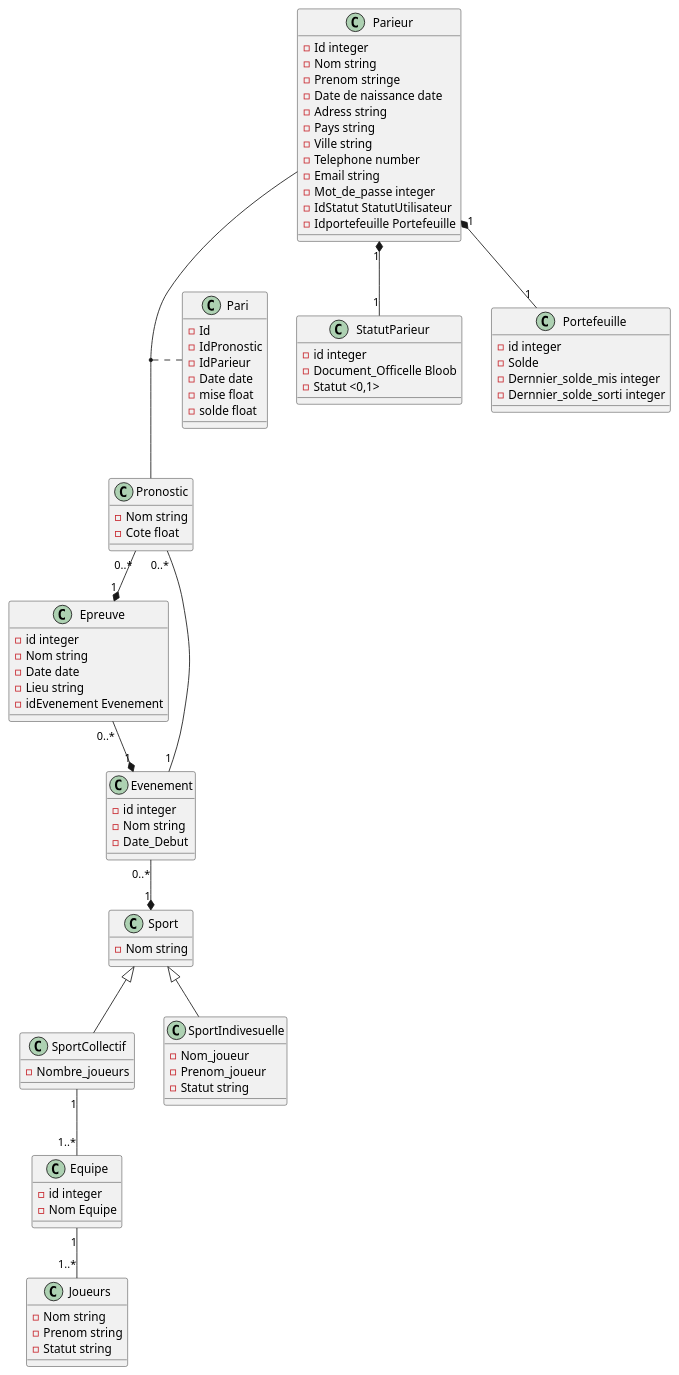
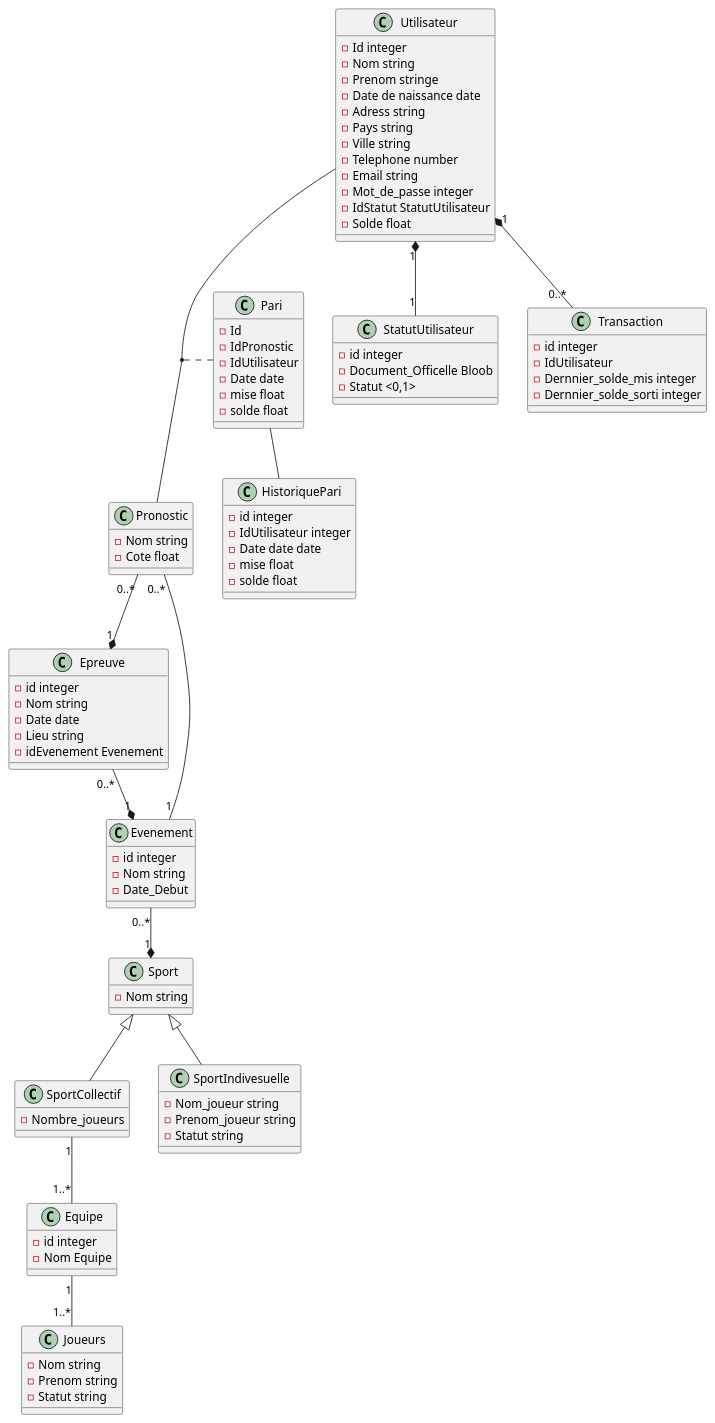
Before and after one commit to OFP-CDA-Mulhouse-2020/parisportif4: the diagram in pariSportif.puml, drawn with PlantUML. The commit also changed 1 other file, not shown here.

Commit message:
diagramme de classe basique

```diff
--- a/pariSportif.puml
+++ b/pariSportif.puml
@@ -1,94 +1,103 @@
 @startuml
 
-class Parieur {
+class Utilisateur {
     - Id integer
     - Nom string
     - Prenom stringe
     - Date de naissance date
     - Adress string
     - Pays string
     - Ville string
     - Telephone number
     - Email string
     - Mot_de_passe integer
     - IdStatut StatutUtilisateur
-    - Idportefeuille Portefeuille
+    - Solde float
+
 
 }
-class StatutParieur {
+class StatutUtilisateur {
     - id integer
     - Document_Officelle Bloob
     - Statut <0,1>
 }
 
-class Portefeuille {
+class Transaction {
     - id integer
-    - Solde
+    - IdUtilisateur
     - Dernnier_solde_mis integer
     - Dernnier_solde_sorti integer
 }
 
 class Pari {
     - Id
     - IdPronostic
-    - IdParieur
+    - IdUtilisateur
     - Date date
     - mise float
     - solde float
 }
 
 
 class Pronostic {
     - Nom string
     - Cote float
 }
 
 class Epreuve {
     - id integer
     - Nom string
     - Date date
     - Lieu string
     - idEvenement Evenement
 }
 
 class Evenement {
     - id integer
     - Nom string
     - Date_Debut
 }
 
 class Sport {
     - Nom string
 }
 class SportCollectif {
     - Nombre_joueurs
 }
 class Equipe {
     - id integer
     - Nom Equipe
 }
 class Joueurs {
     - Nom string
     - Prenom string
     - Statut string
 }
 
 class SportIndivesuelle {
-    - Nom_joueur
-    - Prenom_joueur
+    - Nom_joueur string
+    - Prenom_joueur string
     - Statut string
 }
+class HistoriquePari {
+    - id integer
+    - IdUtilisateur integer
+    - Date date date
+    - mise float
+    - solde float
+}
 
-(Parieur, Pronostic) . Pari
-Parieur "1" *-- "1" Portefeuille
-Parieur "1" *-- "1" StatutParieur
+(Utilisateur, Pronostic) . Pari
+Utilisateur "1" *-- "0..*" Transaction
+Utilisateur "1" *-- "1" StatutUtilisateur
 Pronostic "0..*" --* "1" Epreuve
 Epreuve "0..*" --* "1" Evenement
 Evenement "0..*" --* "1" Sport
 Pronostic "0..*" -- "1" Evenement
 Sport <|-- SportIndivesuelle
 Sport <|-- SportCollectif
 SportCollectif "1" -- "1..*" Equipe
 Equipe "1" -- "1..*" Joueurs
+Pari -- HistoriquePari
 
 @enduml
```
